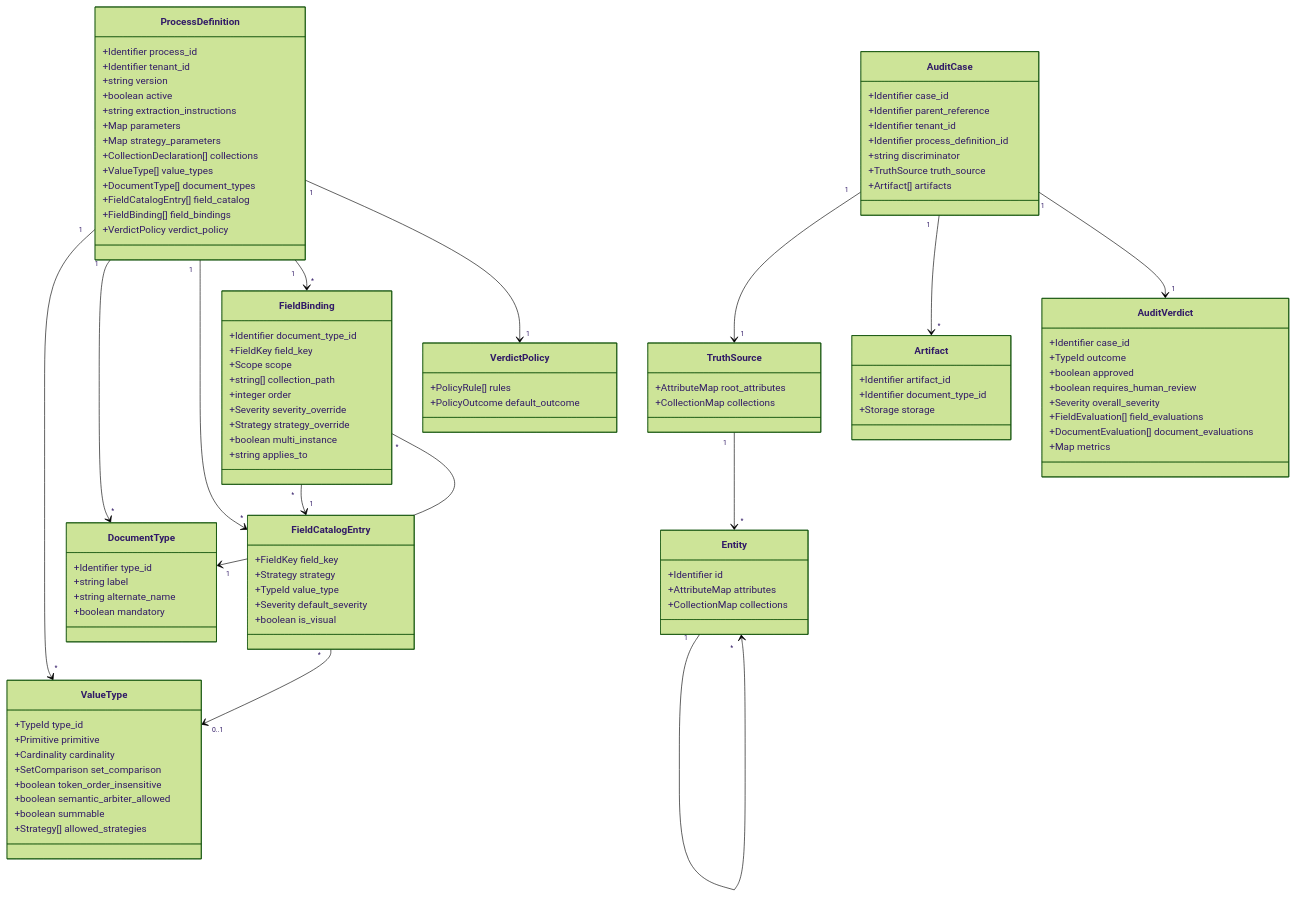
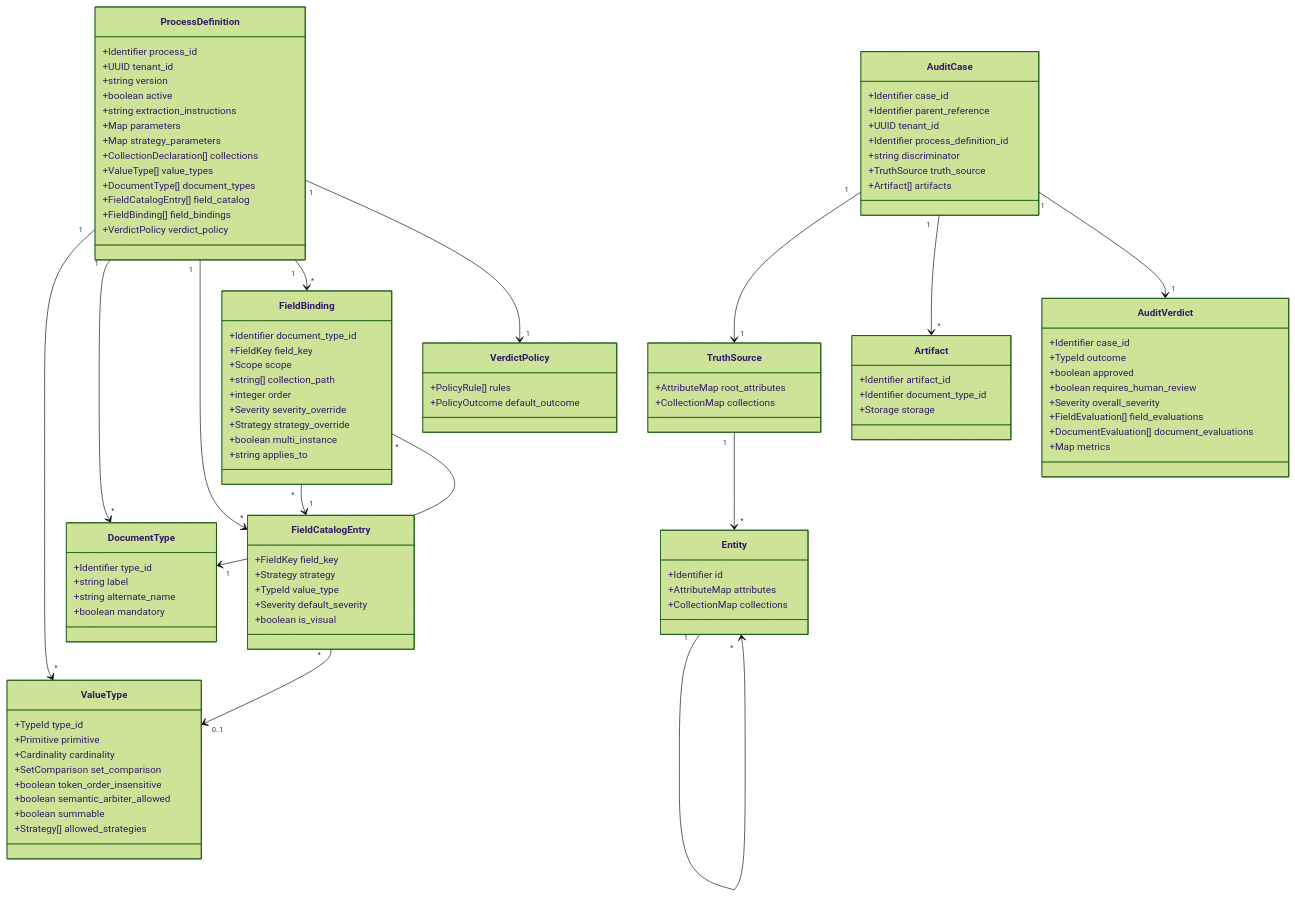
One commit to jfrem/AudFact changed the second of 3 diagrams in opt/DOC-01-SPEC-DOMAIN-METAMODEL.md. Above: the diagram before and after it, drawn with Mermaid (forest theme). The commit also changed other lines of this file and 62 other files, not shown here.

```diff
--- a/opt/DOC-01-SPEC-DOMAIN-METAMODEL.md
+++ b/opt/DOC-01-SPEC-DOMAIN-METAMODEL.md
@@ -215,7 +215,7 @@
 classDiagram
     class ProcessDefinition {
         +Identifier process_id
-        +Identifier tenant_id
+        +UUID tenant_id
         +string version
         +boolean active
         +string extraction_instructions
@@ -269,7 +269,7 @@
     class AuditCase {
         +Identifier case_id
         +Identifier parent_reference
-        +Identifier tenant_id
+        +UUID tenant_id
         +Identifier process_definition_id
         +string discriminator
         +TruthSource truth_source
```
